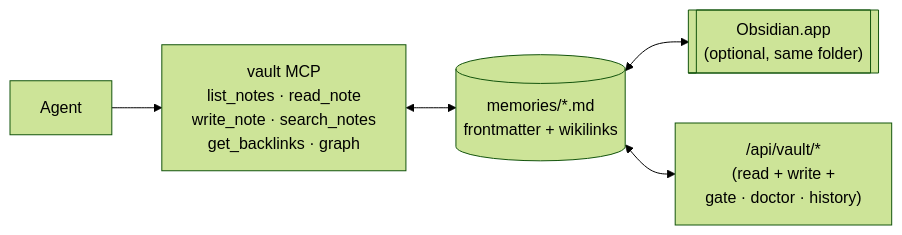
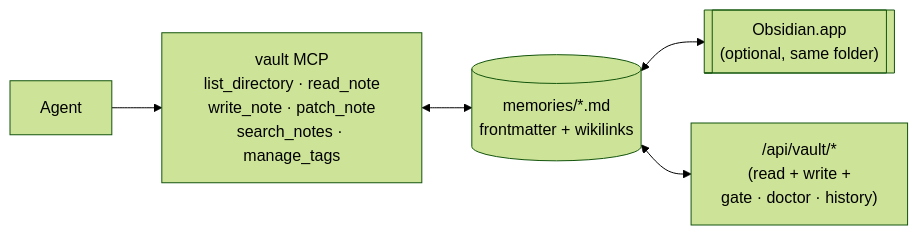
One commit to openagent-uno/openagent-docs changed the fifth of 9 diagrams in guide/architecture.md. Above: the diagram before and after it, drawn with Mermaid (forest theme). The commit also changed other lines of this file and 6 other files, not shown here.

````diff
--- a/guide/architecture.md
+++ b/guide/architecture.md
@@ -186,7 +258,7 @@
 ```mermaid
 flowchart LR
-    Agent --> VaultMCP["vault MCP<br/>list_notes · read_note<br/>write_note · search_notes<br/>get_backlinks · graph"]
+    Agent --> VaultMCP["vault MCP<br/>list_directory · read_note<br/>write_note · patch_note<br/>search_notes · manage_tags"]
     VaultMCP <--> Files[("memories/*.md<br/>frontmatter + wikilinks")]
     Files <--> Obsidian[["Obsidian.app<br/>(optional, same folder)"]]
     Files <--> REST["/api/vault/*<br/>(read + write +<br/>gate · doctor · history)"]
 ```
````
